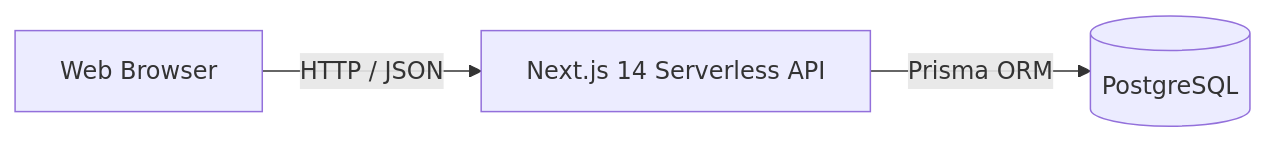
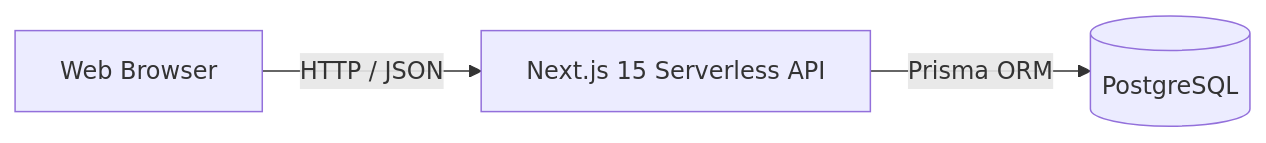
The first of 2 diagrams in README.md (CyberSurgeon01/OiTesla), drawn with Mermaid before and after one commit. The commit also changed other lines of this file and 35 other files, not shown here.

First line of the commit message:
feat(web): upgrade to Next 15 and React 19, harden Clerk sign-in

````diff
--- a/README.md
+++ b/README.md
@@ -55,5 +55,5 @@
 ```mermaid
 flowchart LR
-    Browser[Web Browser] -->|HTTP / JSON| NextJS[Next.js 14 Serverless API]
+    Browser[Web Browser] -->|HTTP / JSON| NextJS[Next.js 15 Serverless API]
     NextJS -->|Prisma ORM| Postgres[(PostgreSQL)]
 ```
````
